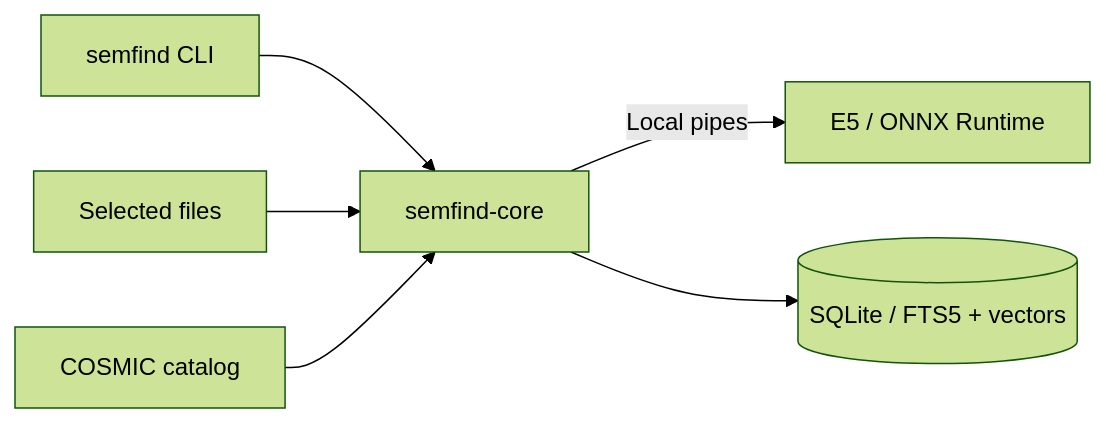
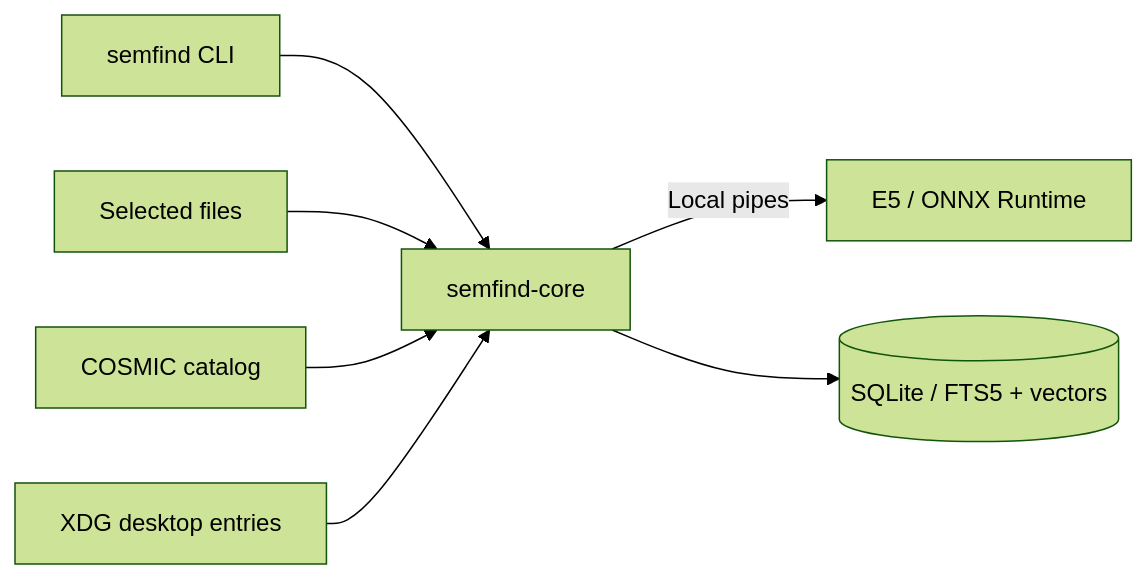
One commit to Engineer1080/semfind changed the diagram in docs/architecture.md. Above: the diagram before and after it, drawn with Mermaid (forest theme). The commit also changed other lines of this file and 12 other files, not shown here.

````diff
--- a/docs/architecture.md
+++ b/docs/architecture.md
@@ -3,8 +3,9 @@
 ```mermaid
 flowchart LR
     CLI[semfind CLI] --> Core[semfind-core]
     Files[Selected files] --> Core
     Catalog[COSMIC catalog] --> Core
+    Apps[XDG desktop entries] --> Core
     Core -->|Local pipes| Worker[E5 / ONNX Runtime]
     Core --> DB[(SQLite / FTS5 + vectors)]
 ```
````
